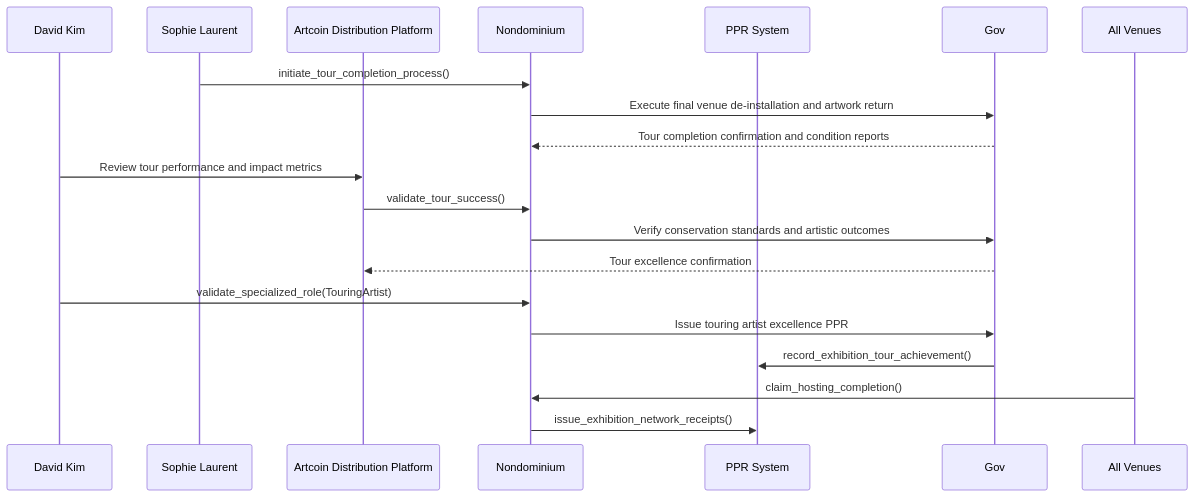
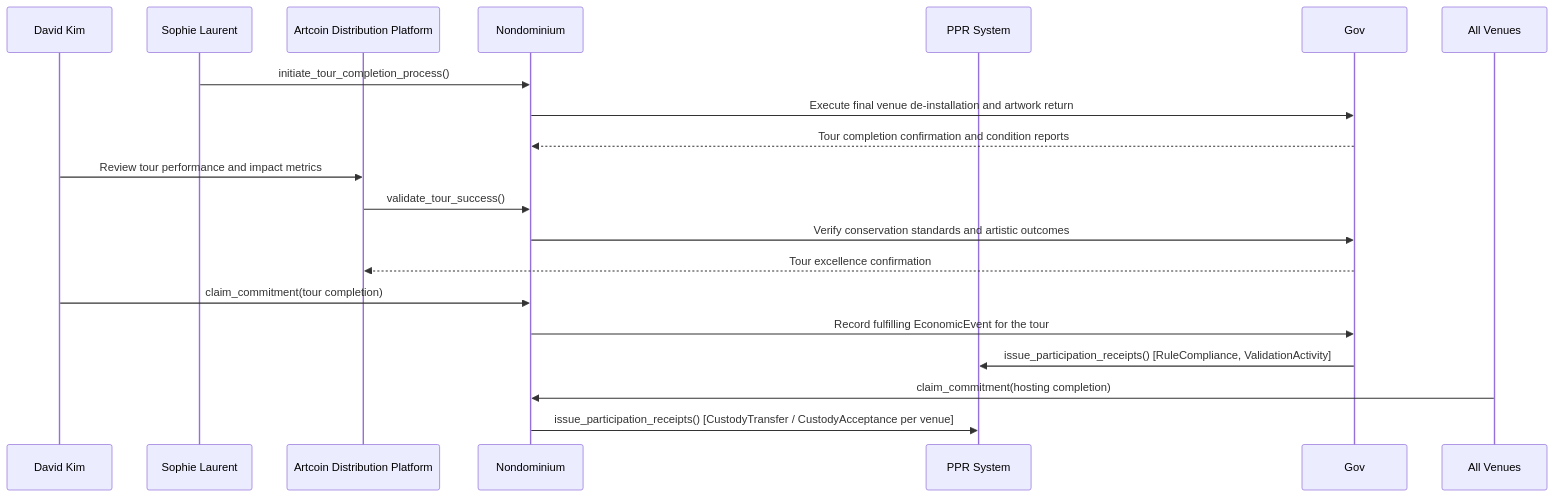
One commit to Sensorica/nondominium changed the fifth of 9 diagrams in documentation/Applications/user-story/user-story-art-distribution.md. Above: the diagram before and after it, drawn with Mermaid. The commit also changed other lines of this file and 99 other files, not shown here.

````diff
--- a/documentation/Applications/user-story/user-story-art-distribution.md
+++ b/documentation/Applications/user-story/user-story-art-distribution.md
@@ -231,24 +249,24 @@
 ```mermaid
 sequenceDiagram
     participant David as David Kim
     participant Sophie as Sophie Laurent
     participant Artcoin as Artcoin Distribution Platform
     participant ND as Nondominium
     participant PPR as PPR System
 
     Sophie->>ND: initiate_tour_completion_process()
     ND->>Gov: Execute final venue de-installation and artwork return
     Gov-->>ND: Tour completion confirmation and condition reports
 
     David->>Artcoin: Review tour performance and impact metrics
     Artcoin->>ND: validate_tour_success()
     ND->>Gov: Verify conservation standards and artistic outcomes
     Gov-->>Artcoin: Tour excellence confirmation
 
-    David->>ND: validate_specialized_role(TouringArtist)
-    ND->>Gov: Issue touring artist excellence PPR
-    Gov->>PPR: record_exhibition_tour_achievement()
+    David->>ND: claim_commitment(tour completion)
+    ND->>Gov: Record fulfilling EconomicEvent for the tour
+    Gov->>PPR: issue_participation_receipts() [RuleCompliance, ValidationActivity]
 
-    All Venues->>ND: claim_hosting_completion()
-    ND->>PPR: issue_exhibition_network_receipts()
+    All Venues->>ND: claim_commitment(hosting completion)
+    ND->>PPR: issue_participation_receipts() [CustodyTransfer / CustodyAcceptance per venue]
 ```
````
